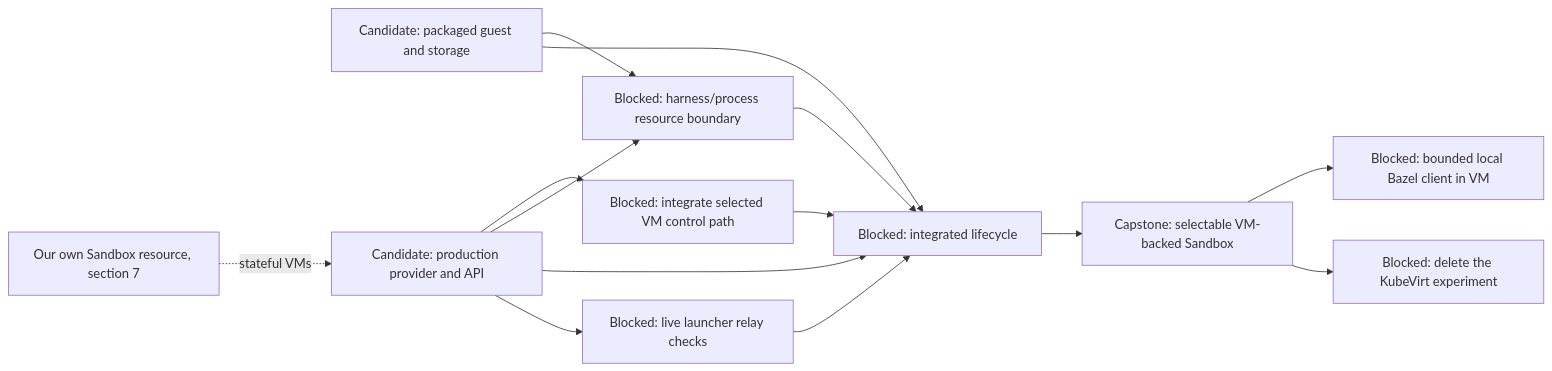
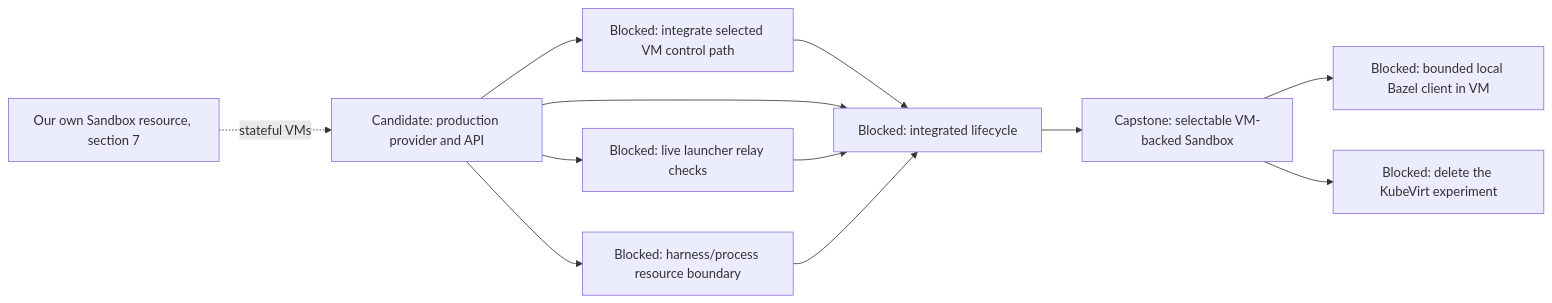
The sixth of 15 diagrams in agentplane/plans/task_dag.md (agentydragon-agent/ducktape), drawn with Mermaid before and after one commit. The commit also changed other lines of this file and 16 other files, not shown here.

````diff
--- a/agentplane/plans/task_dag.md
+++ b/agentplane/plans/task_dag.md
@@ -334,23 +334,20 @@
 ```mermaid
 flowchart LR
     VM_CONTROL_NETWORKING[Blocked: integrate selected VM control path]
-    VM_IMAGE[Candidate: packaged guest and storage]
     VM_PROVIDER[Candidate: production provider and API]
     AGENTPLANE_SANDBOX_RESOURCE[Our own Sandbox resource, section 7]
     VM_EGRESS[Blocked: live launcher relay checks]
     VM_PROCESS_ISOLATION[Blocked: harness/process resource boundary]
     VM_LIFECYCLE[Blocked: integrated lifecycle]
     VM_PROVIDER --> VM_CONTROL_NETWORKING
     AGENTPLANE_SANDBOX_RESOURCE -. stateful VMs .-> VM_PROVIDER
     VM_CONTROL_NETWORKING --> VM_LIFECYCLE
-    VM_IMAGE --> VM_PROCESS_ISOLATION
     VM_PROVIDER --> VM_PROCESS_ISOLATION
-    VM_IMAGE --> VM_LIFECYCLE
     VM_PROVIDER --> VM_LIFECYCLE
     VM_PROVIDER --> VM_EGRESS
     VM_EGRESS --> VM_LIFECYCLE
     VM_PROCESS_ISOLATION --> VM_LIFECYCLE
     VM_LIFECYCLE --> SANDBOX_VM_ISOLATION[Capstone: selectable VM-backed Sandbox]
     SANDBOX_VM_ISOLATION --> LOCAL_BAZEL[Blocked: bounded local Bazel client in VM]
     SANDBOX_VM_ISOLATION --> KUBEVIRT_EXPERIMENT_RETIRE[Blocked: delete the KubeVirt experiment]
 ```
````
